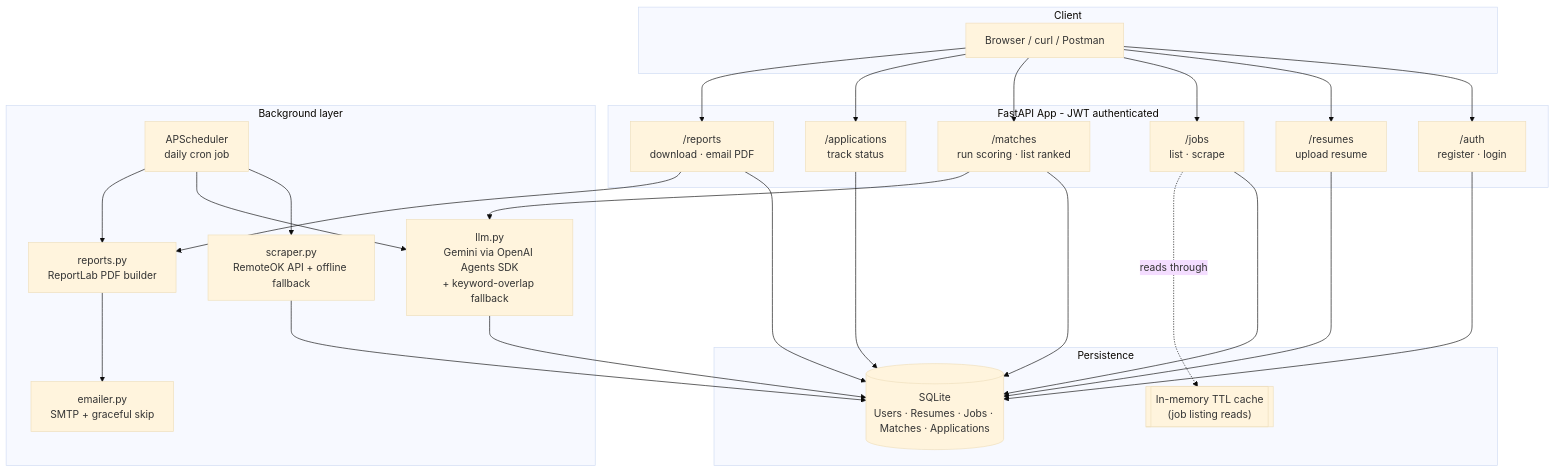
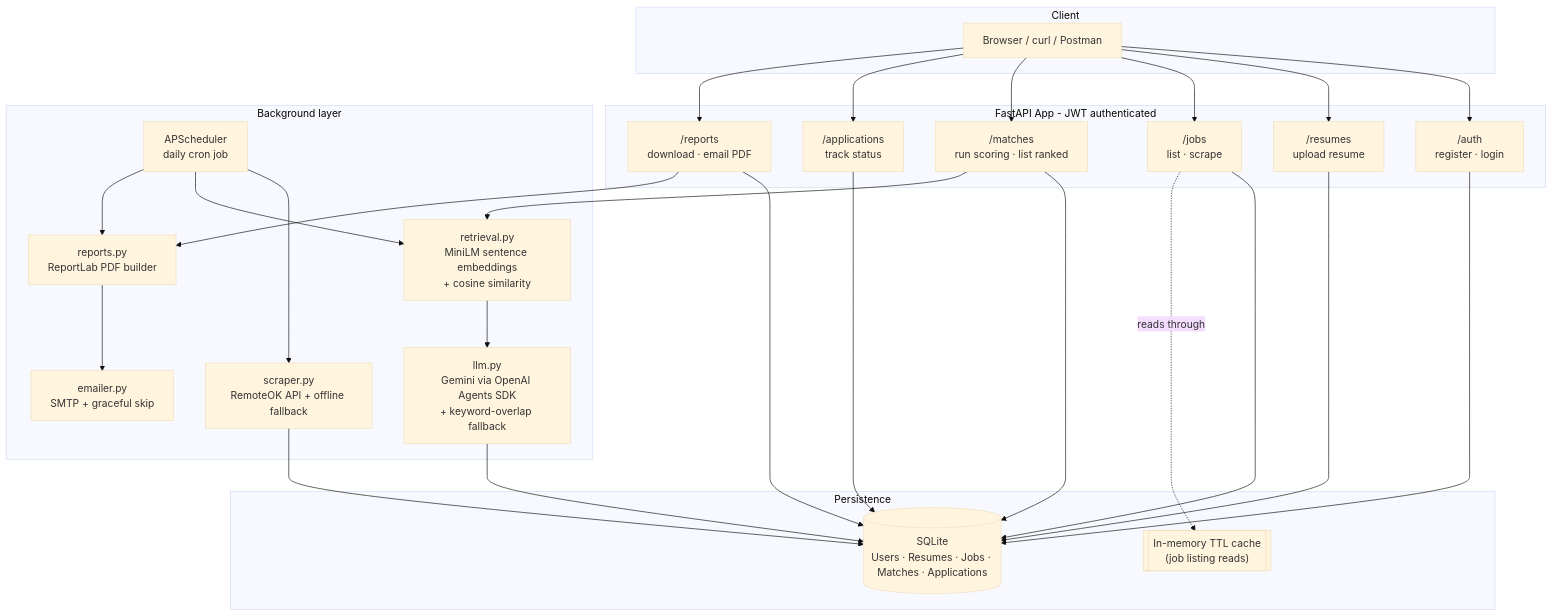
One commit to mr-shaheer/flyrank-projects changed the second of 2 diagrams in job-radar/README.md. Above: the diagram before and after it, drawn with Mermaid (base theme). The commit also changed other lines of this file, not shown here.

````diff
--- a/job-radar/README.md
+++ b/job-radar/README.md
@@ -90,38 +101,39 @@
 ```mermaid
 flowchart TB
     subgraph Client
         A[Browser / curl / Postman]
     end
 
     subgraph API["FastAPI App - JWT authenticated"]
         AUTH["/auth<br/>register · login"]
         RES["/resumes<br/>upload resume"]
         JOBS["/jobs<br/>list · scrape"]
         MATCH["/matches<br/>run scoring · list ranked"]
         APP["/applications<br/>track status"]
         REP["/reports<br/>download · email PDF"]
     end
 
     subgraph Data["Persistence"]
         DB[(SQLite<br/>Users · Resumes · Jobs · Matches · Applications)]
         CACHE[["In-memory TTL cache<br/>(job listing reads)"]]
     end
 
     subgraph Background["Background layer"]
         CRON["APScheduler<br/>daily cron job"]
         SCRAPE["scraper.py<br/>RemoteOK API + offline fallback"]
+        RETR["retrieval.py<br/>MiniLM sentence embeddings<br/>+ cosine similarity"]
         LLM["llm.py<br/>Gemini via OpenAI Agents SDK<br/>+ keyword-overlap fallback"]
         PDF["reports.py<br/>ReportLab PDF builder"]
         MAIL["emailer.py<br/>SMTP + graceful skip"]
     end
 
     A --> AUTH & RES & JOBS & MATCH & APP & REP
     AUTH & RES & JOBS & MATCH & APP & REP --> DB
     JOBS -.reads through.-> CACHE
 
     CRON --> SCRAPE --> DB
-    CRON --> LLM --> DB
+    CRON --> RETR --> LLM --> DB
     CRON --> PDF --> MAIL
     REP --> PDF
-    MATCH --> LLM
+    MATCH --> RETR
 ```
````
